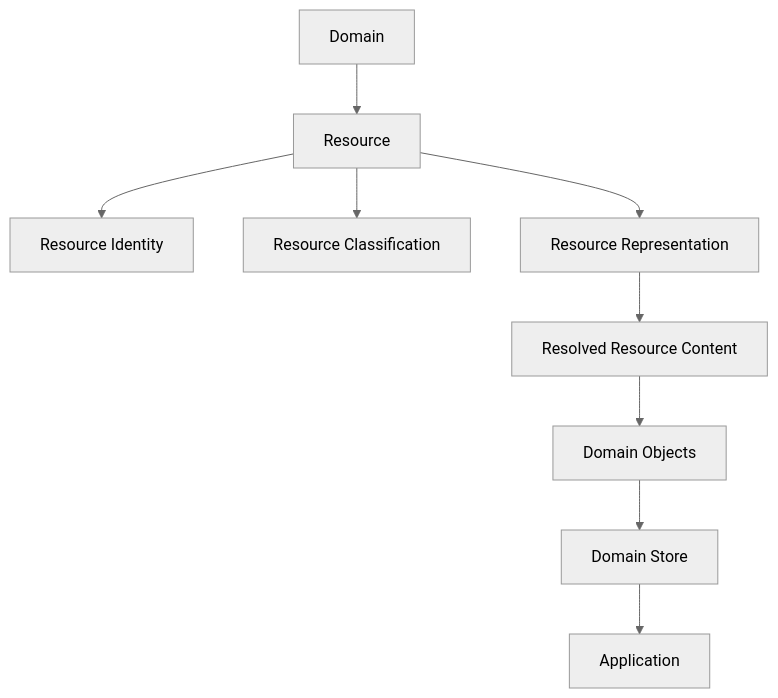
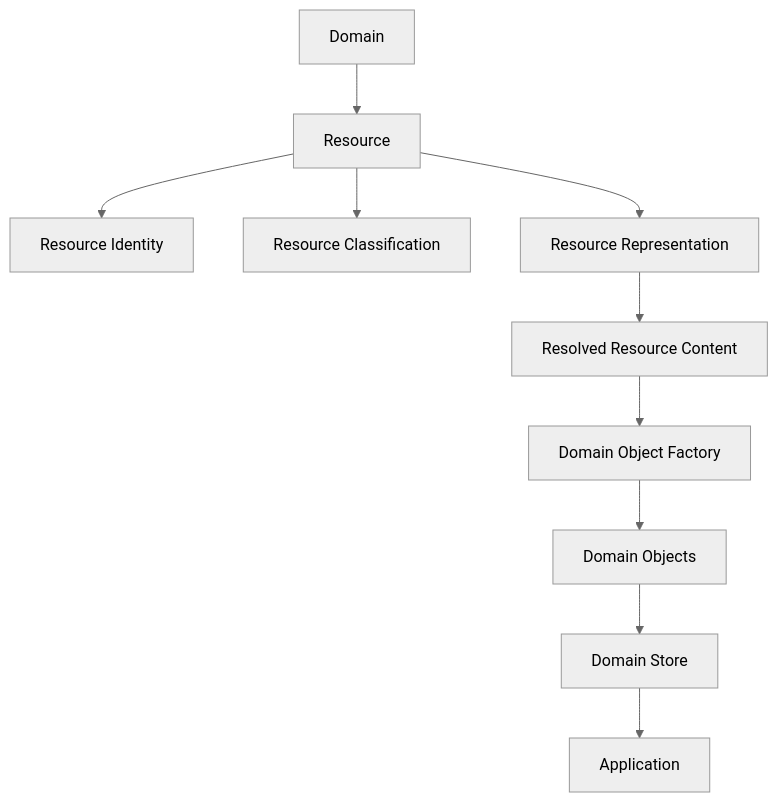
The first of 12 diagrams in docs/architecture/0002-domain-resource-model.md (kjvonly/kjvonly.bible), drawn with Mermaid (neutral theme) before and after one commit. The commit also changed other lines of this file and 3 other files, not shown here.

````diff
--- a/docs/architecture/0002-domain-resource-model.md
+++ b/docs/architecture/0002-domain-resource-model.md
@@ -62,18 +63,21 @@
 ```mermaid
 flowchart TD
 
     DOMAIN["Domain"]
 
     DOMAIN --> RESOURCE["Resource"]
 
     RESOURCE --> IDENTITY["Resource Identity"]
     RESOURCE --> CLASSIFICATION["Resource Classification"]
     RESOURCE --> REPRESENTATION["Resource Representation"]
 
     REPRESENTATION --> RESOLVED["Resolved Resource Content"]
 
-    RESOLVED --> OBJECTS["Domain Objects"]
+    RESOLVED --> FACTORY["Domain Object Factory"]
+
+    FACTORY --> OBJECTS["Domain Objects"]
 
     OBJECTS --> STORE["Domain Store"]
+
     STORE --> APPLICATION["Application"]
 ```
````
